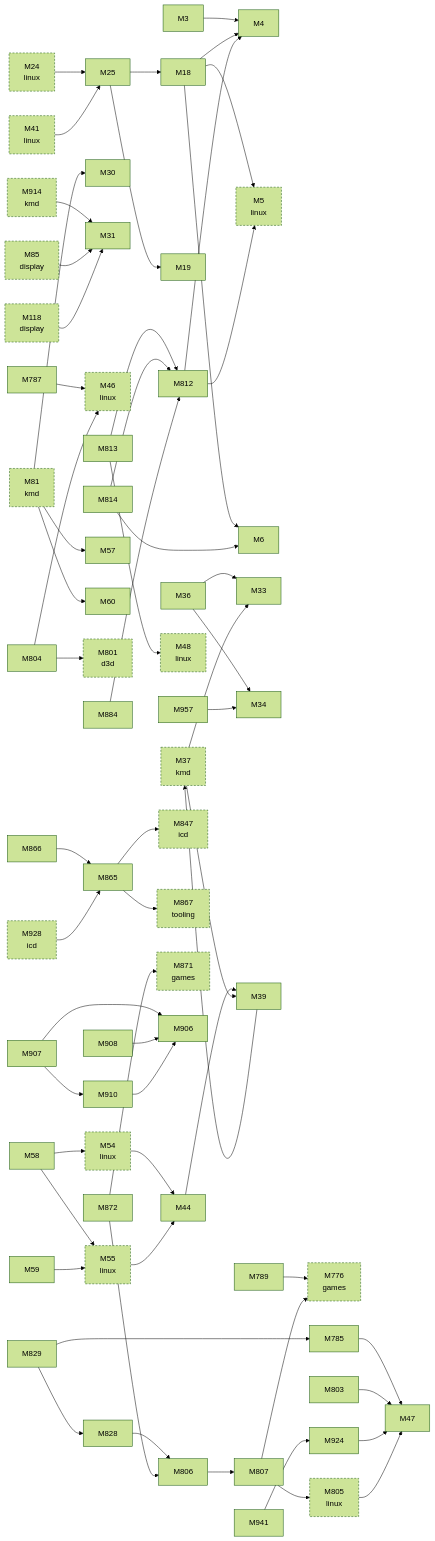
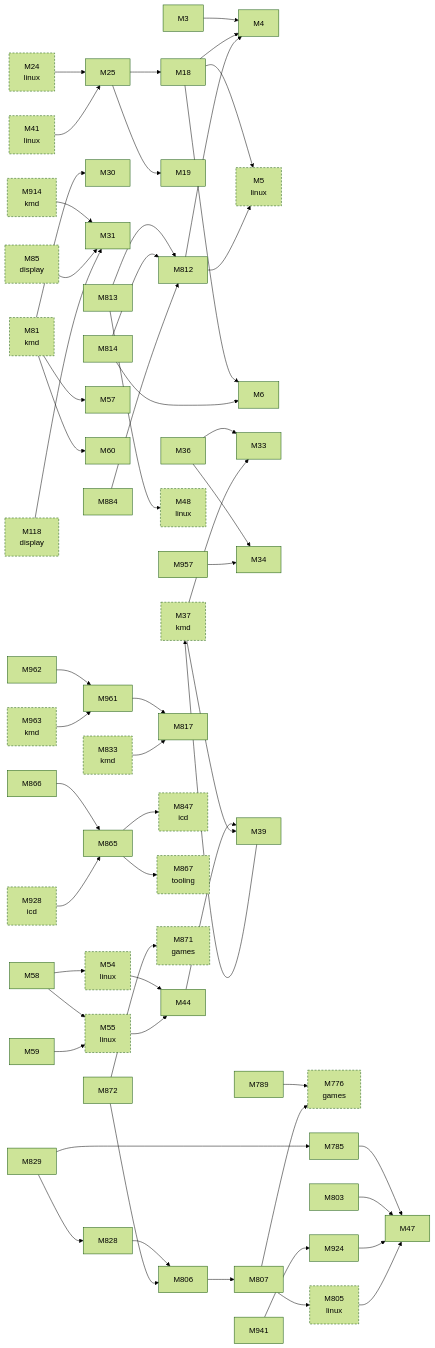
One commit to D-Ogi/amdgpu-wddm changed the second of 3 diagrams in docs/facts/graphs/hardware.md. Above: the diagram before and after it, drawn with Mermaid (forest theme). The commit also changed 22 other files, not shown here.

````diff
--- a/docs/facts/graphs/hardware.md
+++ b/docs/facts/graphs/hardware.md
@@ -105,7 +105,6 @@
   M39["M39"]
   M41["M41<br/>linux"]
   M44["M44"]
-  M46["M46<br/>linux"]
   M47["M47"]
   M48["M48<br/>linux"]
   M54["M54<br/>linux"]
@@ -119,19 +118,18 @@
   M118["M118<br/>display"]
   M776["M776<br/>games"]
   M785["M785"]
-  M787["M787"]
   M789["M789"]
-  M801["M801<br/>d3d"]
   M803["M803"]
-  M804["M804"]
   M805["M805<br/>linux"]
   M806["M806"]
   M807["M807"]
   M812["M812"]
   M813["M813"]
   M814["M814"]
+  M817["M817"]
   M828["M828"]
   M829["M829"]
+  M833["M833<br/>kmd"]
   M847["M847<br/>icd"]
   M865["M865"]
   M866["M866"]
@@ -139,15 +137,14 @@
   M871["M871<br/>games"]
   M872["M872"]
   M884["M884"]
-  M906["M906"]
-  M907["M907"]
-  M908["M908"]
-  M910["M910"]
   M914["M914<br/>kmd"]
   M924["M924"]
   M928["M928<br/>icd"]
   M941["M941"]
   M957["M957"]
+  M961["M961"]
+  M962["M962"]
+  M963["M963<br/>kmd"]
   M3 --> M4
   M18 --> M4
   M18 --> M5
@@ -162,11 +159,8 @@
   M58 --> M55
   M59 --> M55
   M785 --> M47
-  M787 --> M46
   M789 --> M776
   M803 --> M47
-  M804 --> M46
-  M804 --> M801
   M806 --> M807
   M807 --> M776
   M807 --> M805
@@ -185,19 +179,19 @@
   M872 --> M806
   M872 --> M871
   M884 --> M812
-  M907 --> M906
-  M907 --> M910
-  M908 --> M906
-  M910 --> M906
   M924 --> M47
   M941 --> M924
   M957 --> M34
+  M961 --> M817
+  M962 --> M961
   M37 --> M33
   M37 --> M39
   M81 --> M30
   M81 --> M57
   M81 --> M60
+  M833 --> M817
   M914 --> M31
+  M963 --> M961
   M85 --> M31
   M118 --> M31
   M928 --> M865
@@ -207,5 +201,5 @@
   M55 --> M44
   M805 --> M47
   classDef other stroke-dasharray:4 3
-  class M5,M24,M37,M41,M46,M48,M54,M55,M81,M85,M118,M776,M801,M805,M847,M867,M871,M914,M928 other
+  class M5,M24,M37,M41,M48,M54,M55,M81,M85,M118,M776,M805,M833,M847,M867,M871,M914,M928,M963 other
 ```
````
